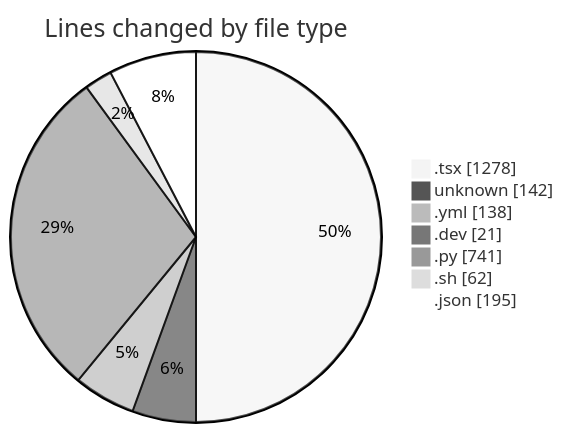
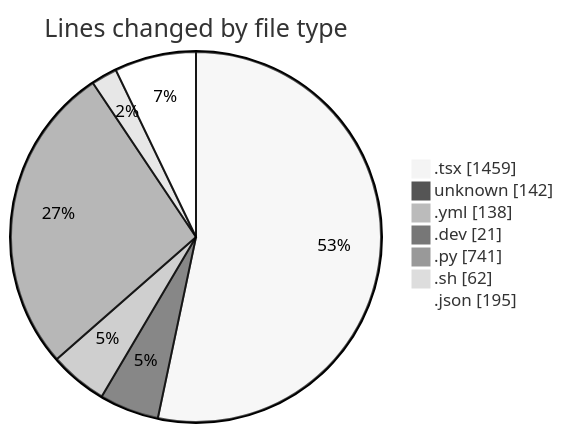
Before and after one commit to Elitesun/code-tracking: the first of 2 diagrams in 2025-05-18/niten/README.md, drawn with Mermaid (neutral theme). The commit also changed other lines of this file and 1 other file, not shown here.

````diff
--- a/2025-05-18/niten/README.md
+++ b/2025-05-18/niten/README.md
@@ -37,11 +38,11 @@
 ```mermaid
 pie showData
 title Lines changed by file type
-".tsx" : 1278
+".tsx" : 1459
 "unknown" : 142
 ".yml" : 138
 ".dev" : 21
 ".py" : 741
 ".sh" : 62
 ".json" : 195
 ```
````
